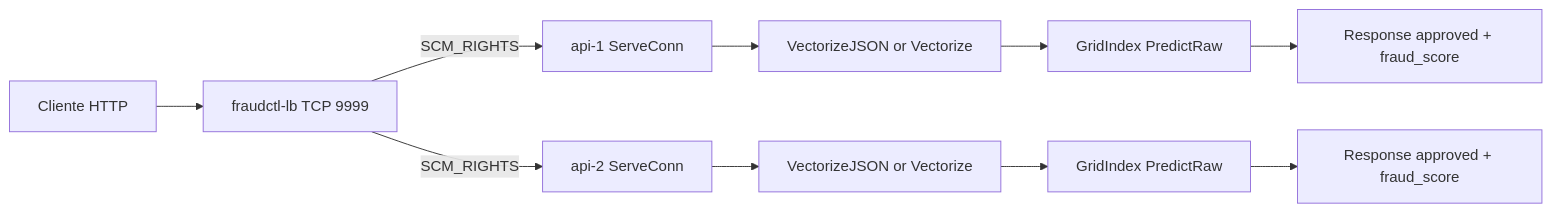
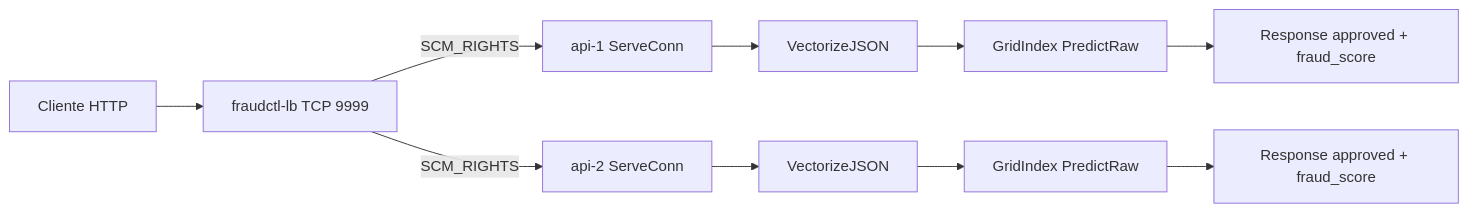
Before and after one commit to fabianoflorentino/fraudctl: the diagram in README.md, drawn with Mermaid. The commit also changed other lines of this file and 5 other files, not shown here.

````diff
--- a/README.md
+++ b/README.md
@@ -15,12 +15,12 @@
 ```mermaid
 flowchart LR
     C[Cliente HTTP] --> LB[fraudctl-lb TCP 9999]
     LB -->|SCM_RIGHTS| A1[api-1 ServeConn]
     LB -->|SCM_RIGHTS| A2[api-2 ServeConn]
-    A1 --> V1[VectorizeJSON or Vectorize]
-    A2 --> V2[VectorizeJSON or Vectorize]
+    A1 --> V1[VectorizeJSON]
+    A2 --> V2[VectorizeJSON]
     V1 --> K1[GridIndex PredictRaw]
     V2 --> K2[GridIndex PredictRaw]
     K1 --> R1[Response approved + fraud_score]
     K2 --> R2[Response approved + fraud_score]
 ```
````
